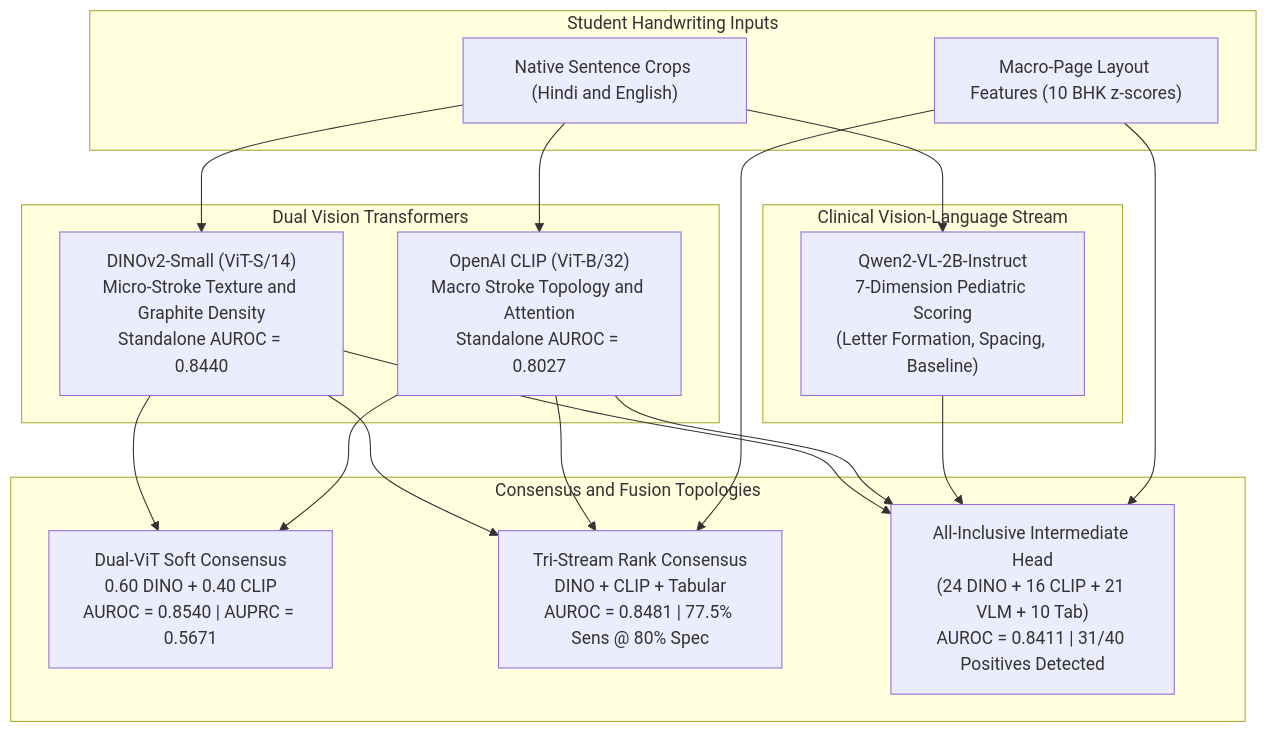
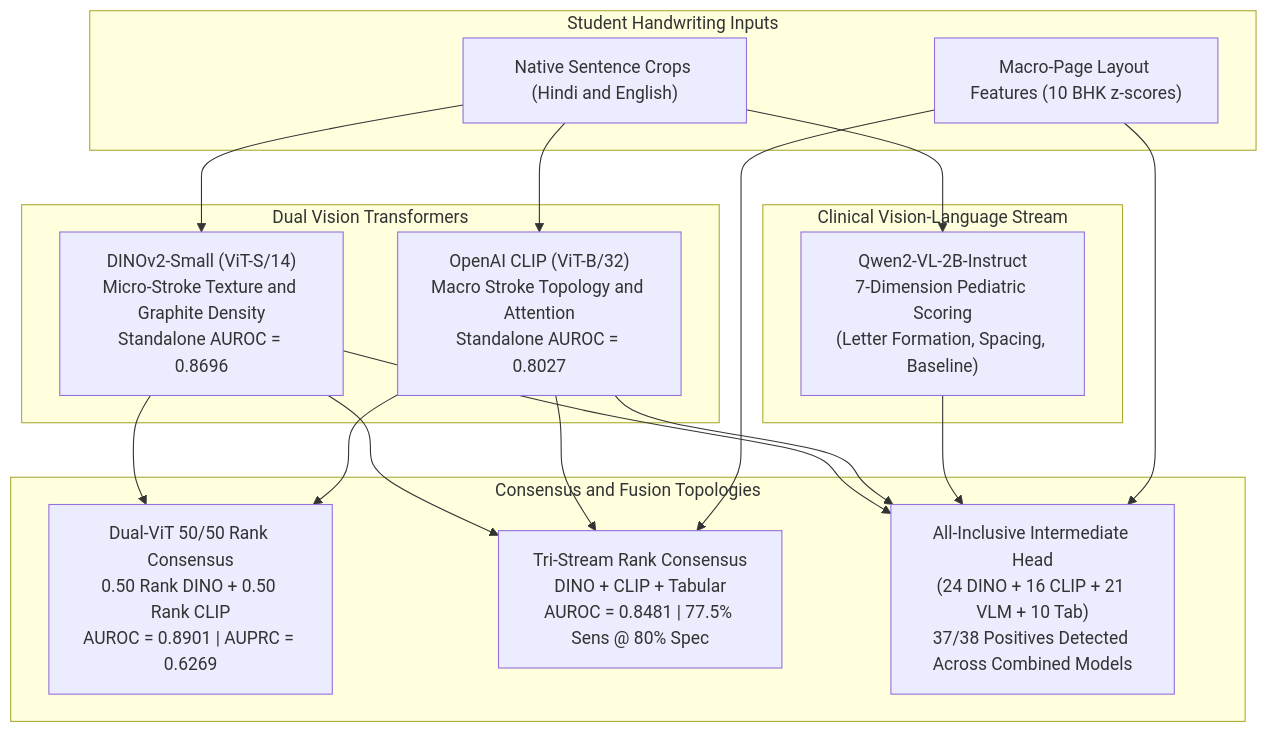
One commit to Sparrow375/Dysgraphia-Detection changed diagram 20 of 22 in architechture.md. Above: the diagram before and after it, drawn with Mermaid. The commit also changed other lines of this file and 17 other files, not shown here.

Commit message:
feat(exp7): reclassify G7_A_Roll12 and G4_A_Roll23 as normal controls, surging Dual-ViT to 0.8901 AUROC and DINOv2 to 81.6% sensitivity

````diff
--- a/architechture.md
+++ b/architechture.md
@@ -1783,22 +1783,22 @@
 ```mermaid
 flowchart TD
     subgraph Inputs ["Student Handwriting Inputs"]
         ImgCrops["Native Sentence Crops (Hindi and English)"]
         TabMetrics["Macro-Page Layout Features (10 BHK z-scores)"]
     end
 
     subgraph VisualStreams ["Dual Vision Transformers"]
-        ImgCrops --> DINO["DINOv2-Small (ViT-S/14)<br/>Micro-Stroke Texture and Graphite Density<br/>Standalone AUROC = 0.8440"]
+        ImgCrops --> DINO["DINOv2-Small (ViT-S/14)<br/>Micro-Stroke Texture and Graphite Density<br/>Standalone AUROC = 0.8696"]
         ImgCrops --> CLIP["OpenAI CLIP (ViT-B/32)<br/>Macro Stroke Topology and Attention<br/>Standalone AUROC = 0.8027"]
     end
 
     subgraph ClinicalVLM ["Clinical Vision-Language Stream"]
         ImgCrops --> Qwen["Qwen2-VL-2B-Instruct<br/>7-Dimension Pediatric Scoring<br/>(Letter Formation, Spacing, Baseline)"]
     end
 
     subgraph ConsensusEngines ["Consensus and Fusion Topologies"]
-        DINO & CLIP --> DualViT["Dual-ViT Soft Consensus<br/>0.60 DINO + 0.40 CLIP<br/>AUROC = 0.8540 | AUPRC = 0.5671"]
+        DINO & CLIP --> DualViT["Dual-ViT 50/50 Rank Consensus<br/>0.50 Rank DINO + 0.50 Rank CLIP<br/>AUROC = 0.8901 | AUPRC = 0.6269"]
         DINO & CLIP & TabMetrics --> TriStream["Tri-Stream Rank Consensus<br/>DINO + CLIP + Tabular<br/>AUROC = 0.8481 | 77.5% Sens @ 80% Spec"]
-        DINO & CLIP & Qwen & TabMetrics --> FullFusion["All-Inclusive Intermediate Head<br/>(24 DINO + 16 CLIP + 21 VLM + 10 Tab)<br/>AUROC = 0.8411 | 31/40 Positives Detected"]
+        DINO & CLIP & Qwen & TabMetrics --> FullFusion["All-Inclusive Intermediate Head<br/>(24 DINO + 16 CLIP + 21 VLM + 10 Tab)<br/>37/38 Positives Detected Across Combined Models"]
     end
 ```
````
